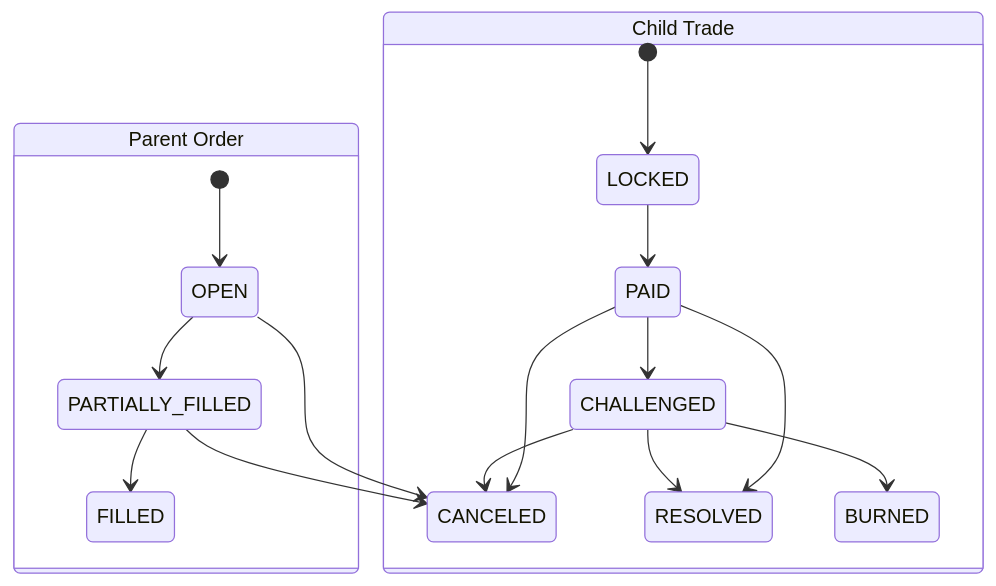
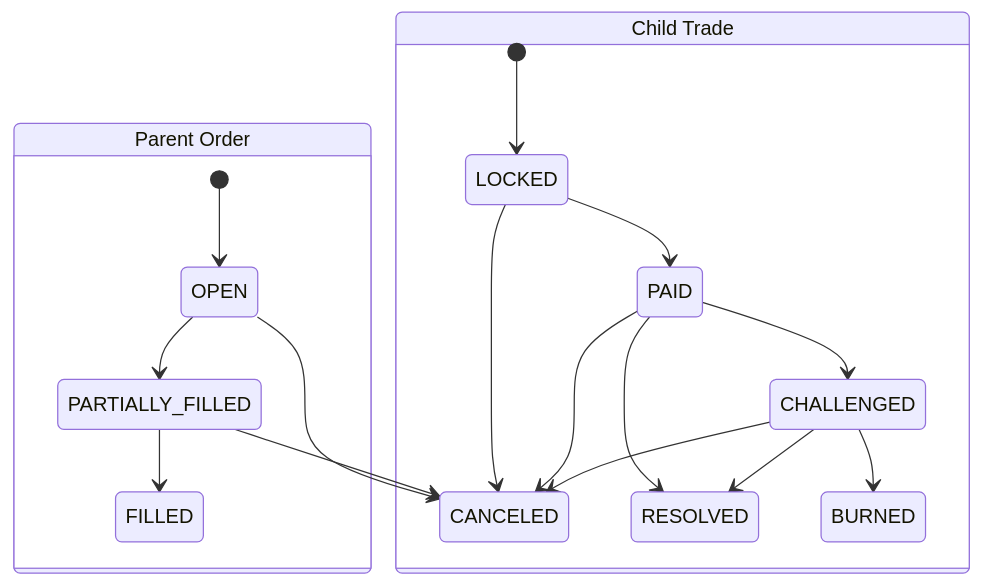
The third of 14 diagrams in docs/EN/ARCHITECTURE.md (MyDemir/Araf-Protocol), drawn with Mermaid before and after one commit. The commit also changed other lines of this file and 1 other file, not shown here.

First line of the commit message:
docs(architecture): kontrat bölümleri koddan yeniden hizalandı (TR/EN)

````diff
--- a/docs/EN/ARCHITECTURE.md
+++ b/docs/EN/ARCHITECTURE.md
@@ -205,21 +216,22 @@
 ```mermaid
 stateDiagram-v2
     state "Parent Order" as PO {
         [*] --> OPEN
         OPEN --> PARTIALLY_FILLED
         PARTIALLY_FILLED --> FILLED
         OPEN --> CANCELED
         PARTIALLY_FILLED --> CANCELED
     }
 
     state "Child Trade" as CT {
         [*] --> LOCKED
         LOCKED --> PAID
+        LOCKED --> CANCELED
         PAID --> CHALLENGED
         PAID --> RESOLVED
         PAID --> CANCELED
         CHALLENGED --> RESOLVED
         CHALLENGED --> CANCELED
         CHALLENGED --> BURNED
     }
 ```
````
